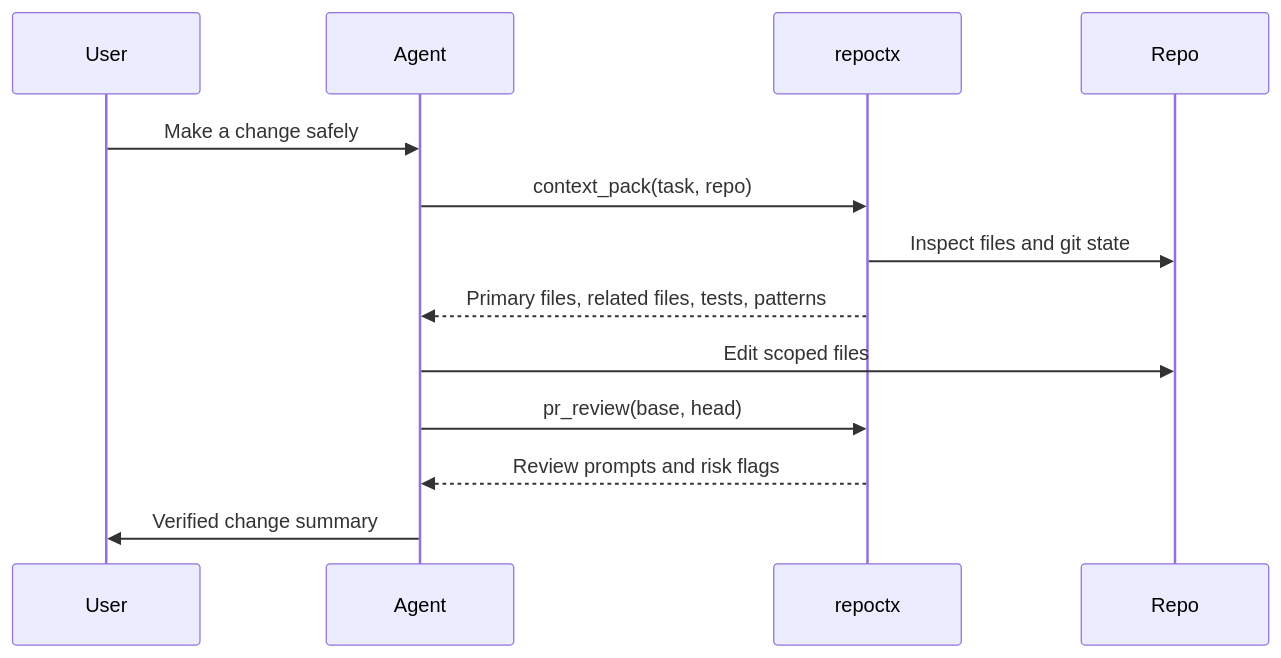
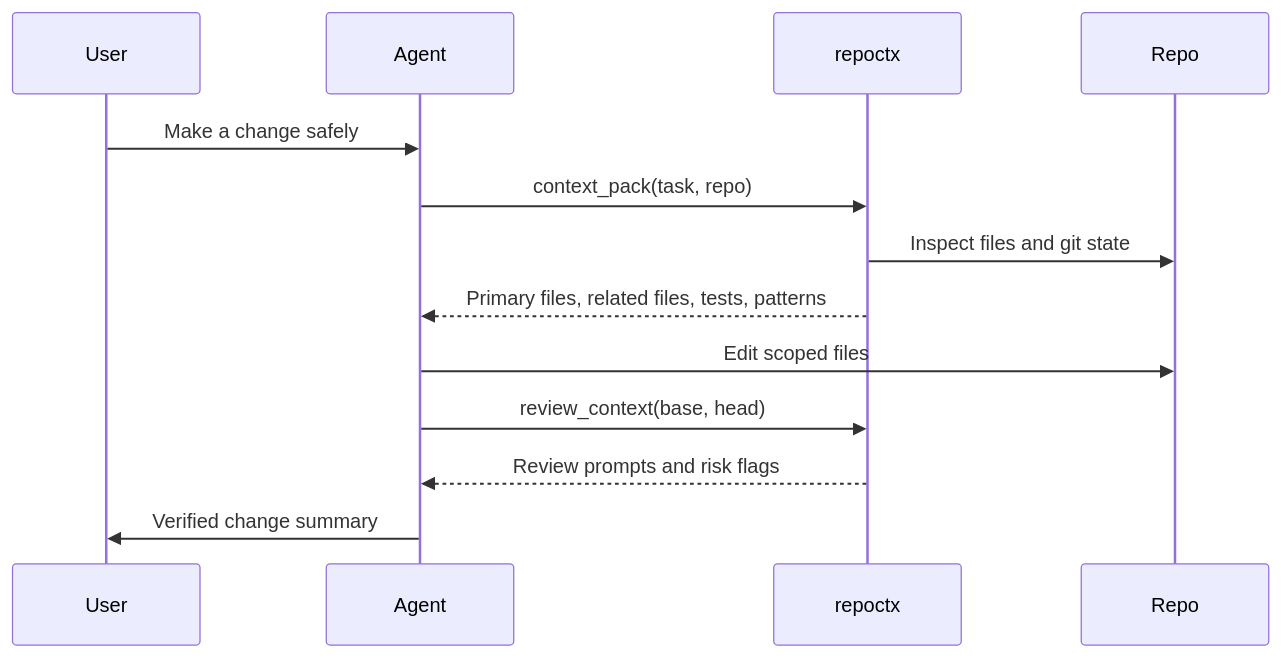
Before and after one commit to BASHBOP/otito: the diagram in docs/02-mcp-agent-workflows/README.md, drawn with Mermaid. The commit also changed other lines of this file and 33 other files, not shown here.

````diff
--- a/docs/02-mcp-agent-workflows/README.md
+++ b/docs/02-mcp-agent-workflows/README.md
@@ -183,16 +179,16 @@
 ```mermaid
 sequenceDiagram
     participant User
     participant Agent
     participant repoctx
     participant Repo
 
     User->>Agent: Make a change safely
     Agent->>repoctx: context_pack(task, repo)
     repoctx->>Repo: Inspect files and git state
     repoctx-->>Agent: Primary files, related files, tests, patterns
     Agent->>Repo: Edit scoped files
-    Agent->>repoctx: pr_review(base, head)
+    Agent->>repoctx: review_context(base, head)
     repoctx-->>Agent: Review prompts and risk flags
     Agent->>User: Verified change summary
 ```
````
